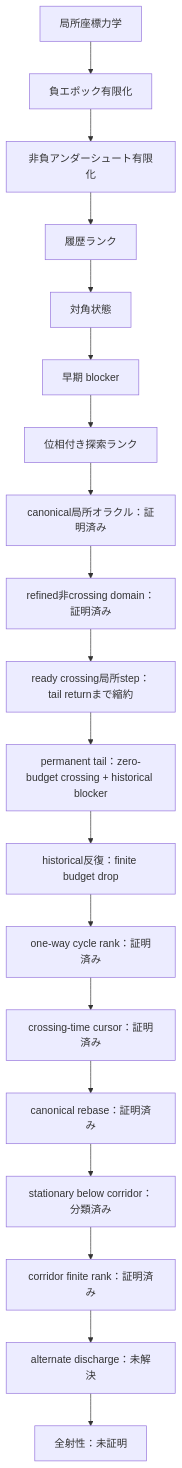
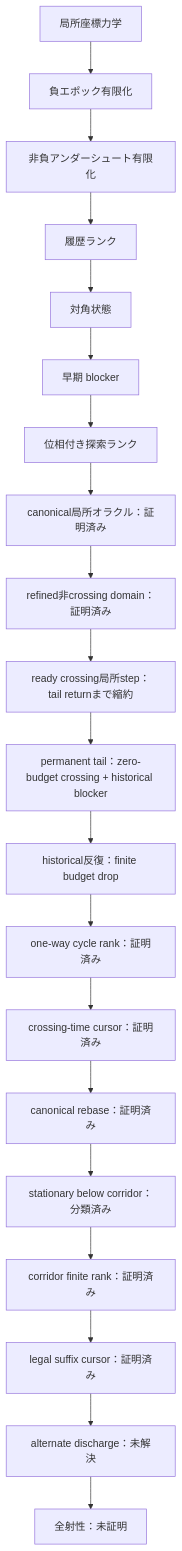
Before and after one commit to hirokidaichi/recaman-lean-research: the diagram in README.md, drawn with Mermaid. The commit also changed other lines of this file and 9 other files, not shown here.

````diff
--- a/README.md
+++ b/README.md
@@ -111,21 +116,22 @@
 ```mermaid
 flowchart TD
     A["局所座標力学"] --> B["負エポック有限化"]
     B --> C["非負アンダーシュート有限化"]
     C --> D["履歴ランク"]
     D --> E["対角状態"]
     E --> F["早期 blocker"]
     F --> G["位相付き探索ランク"]
     G --> H["canonical局所オラクル：証明済み"]
     H --> I["refined非crossing domain：証明済み"]
     I --> J["ready crossing局所step：tail returnまで縮約"]
     J --> K["permanent tail：zero-budget crossing + historical blocker"]
     K --> L["historical反復：finite budget drop"]
     L --> M["one-way cycle rank：証明済み"]
     M --> N["crossing-time cursor：証明済み"]
     N --> O["canonical rebase：証明済み"]
     O --> P["stationary below corridor：分類済み"]
     P --> Q["corridor finite rank：証明済み"]
-    Q --> R["alternate discharge：未解決"]
-    R --> S["全射性：未証明"]
+    Q --> R["legal suffix cursor：証明済み"]
+    R --> S["alternate discharge：未解決"]
+    S --> T["全射性：未証明"]
 ```
````
